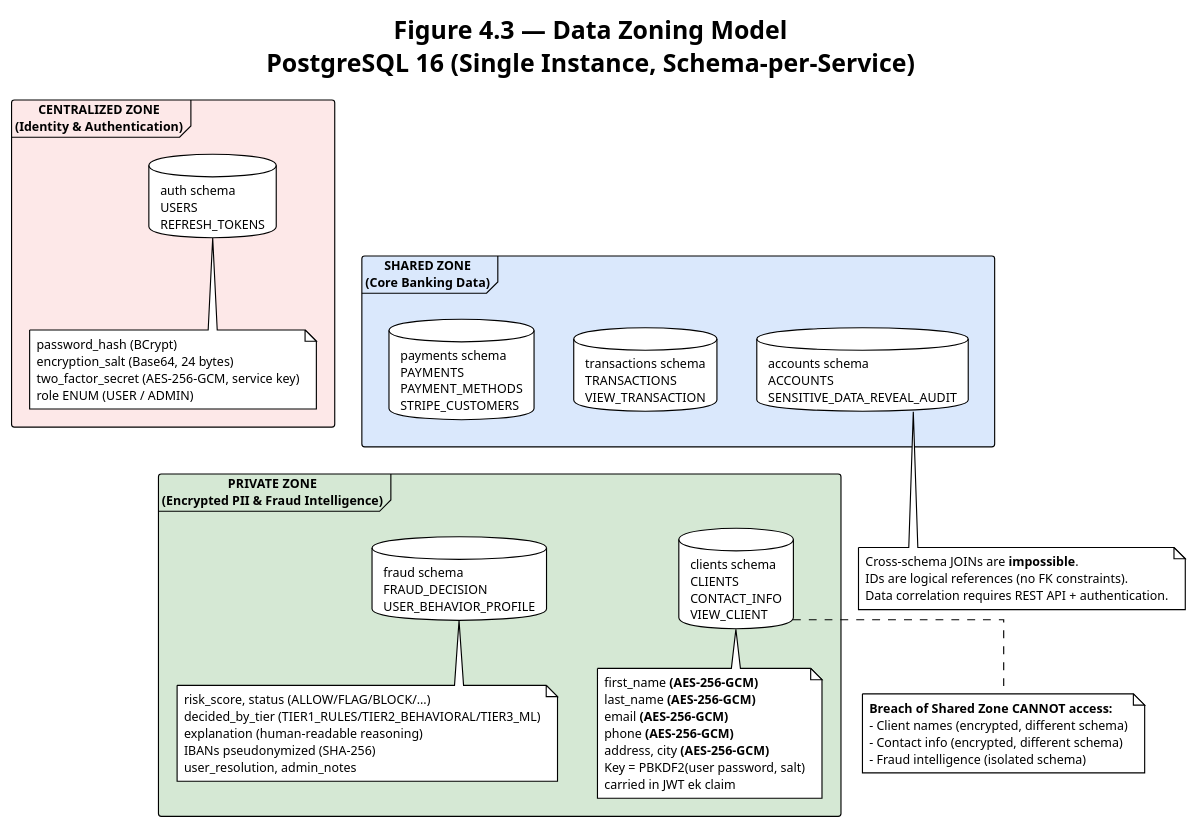
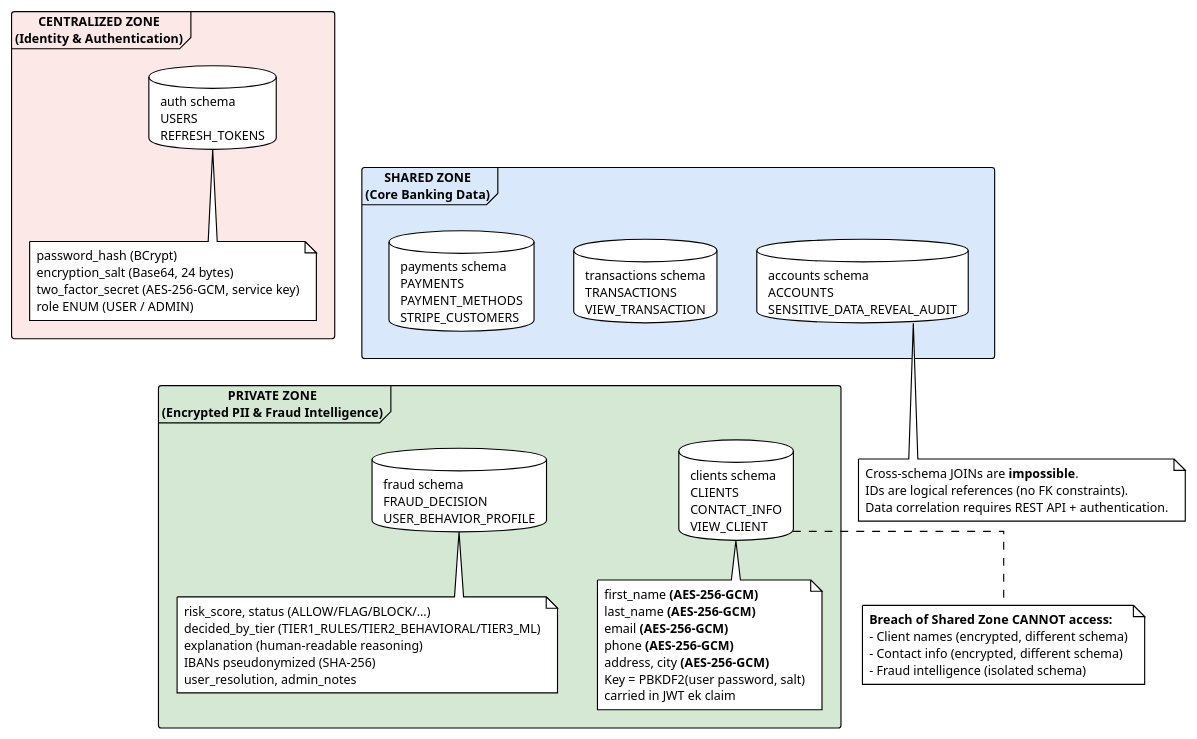
One commit to TurcanuTeodor/Online-Internet-Banking changed the diagram in docs/architecture/chapter4/data-zoning.puml. Above: the diagram before and after it, drawn with PlantUML. The commit also changed 6 other files, not shown here.

```diff
--- a/docs/architecture/chapter4/data-zoning.puml
+++ b/docs/architecture/chapter4/data-zoning.puml
@@ -1,73 +1,72 @@
 @startuml Data_Zoning
 !theme plain
 top to bottom direction
 skinparam backgroundColor white
 skinparam defaultFontName "Segoe UI"
 skinparam defaultFontSize 11
 skinparam shadowing false
 skinparam packageStyle frame
 skinparam linetype ortho
 skinparam nodesep 35
 skinparam ranksep 35
 
-title Figure 4.3 — Data Zoning Model\nPostgreSQL 16 (Single Instance, Schema-per-Service)
-
+ 
 package "CENTRALIZED ZONE\n(Identity & Authentication)" #FDE8E8 {
   database "auth schema\nUSERS\nREFRESH_TOKENS" as AUTH_DB
   note bottom of AUTH_DB
     password_hash (BCrypt)
     encryption_salt (Base64, 24 bytes)
     two_factor_secret (AES-256-GCM, service key)
     role ENUM (USER / ADMIN)
   end note
 }
 
 package "SHARED ZONE\n(Core Banking Data)" #DAE8FC {
   together {
     database "accounts schema\nACCOUNTS\nSENSITIVE_DATA_REVEAL_AUDIT" as ACC_DB
     database "transactions schema\nTRANSACTIONS\nVIEW_TRANSACTION" as TX_DB
     database "payments schema\nPAYMENTS\nPAYMENT_METHODS\nSTRIPE_CUSTOMERS" as PAY_DB
   }
 }
 
 package "PRIVATE ZONE\n(Encrypted PII & Fraud Intelligence)" #D5E8D4 {
   database "clients schema\nCLIENTS\nCONTACT_INFO\nVIEW_CLIENT" as CL_DB
   note bottom of CL_DB
     first_name **(AES-256-GCM)**
     last_name **(AES-256-GCM)**
     email **(AES-256-GCM)**
     phone **(AES-256-GCM)**
     address, city **(AES-256-GCM)**
     Key = PBKDF2(user password, salt)
     carried in JWT ek claim
   end note
 
   database "fraud schema\nFRAUD_DECISION\nUSER_BEHAVIOR_PROFILE" as FR_DB
   note bottom of FR_DB
     risk_score, status (ALLOW/FLAG/BLOCK/…)
     decided_by_tier (TIER1_RULES/TIER2_BEHAVIORAL/TIER3_ML)
     explanation (human-readable reasoning)
     IBANs pseudonymized (SHA-256)
     user_resolution, admin_notes
   end note
 
   CL_DB -[hidden]right-> FR_DB
 }
 
 AUTH_DB -[hidden]down-> ACC_DB
 ACC_DB -[hidden]down-> CL_DB
 
 note bottom of ACC_DB
   Cross-schema JOINs are **impossible**.
   IDs are logical references (no FK constraints).
   Data correlation requires REST API + authentication.
 end note
 
 note bottom of CL_DB
   **Breach of Shared Zone CANNOT access:**
   - Client names (encrypted, different schema)
   - Contact info (encrypted, different schema)
   - Fraud intelligence (isolated schema)
 end note
 
 @enduml
```
